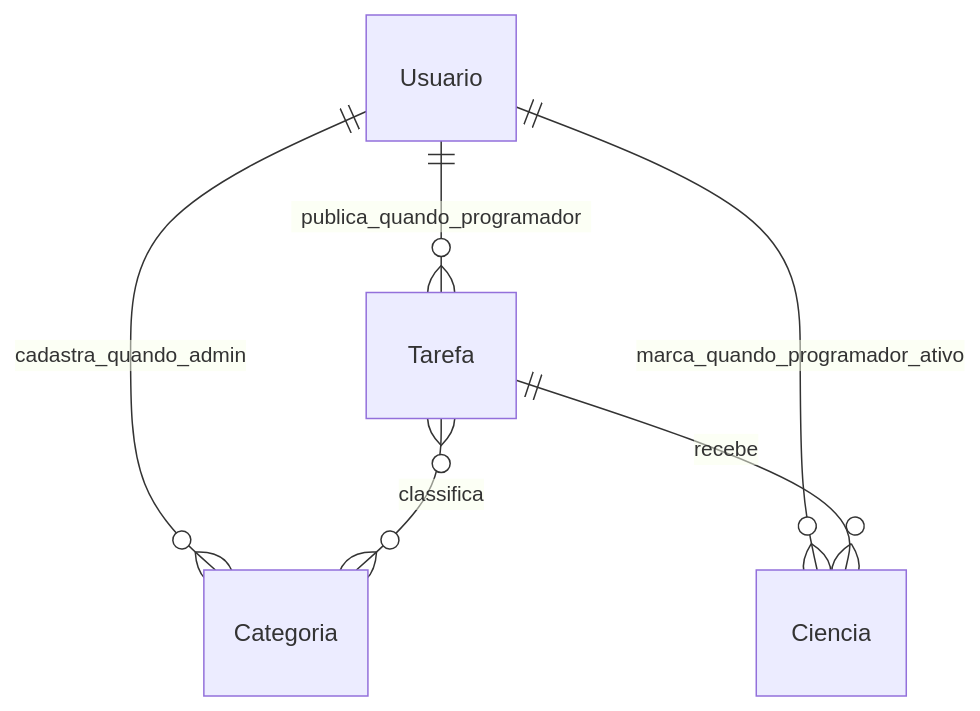
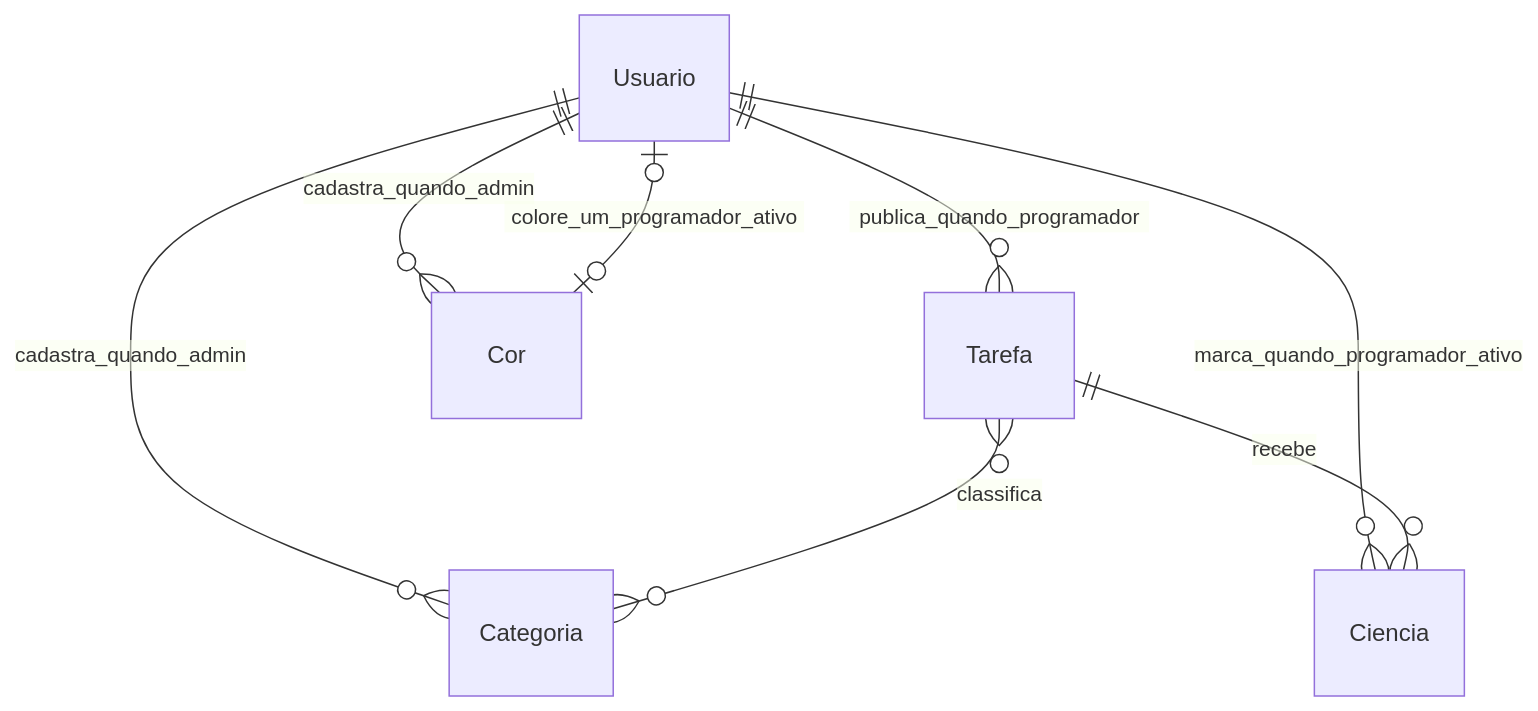
The diagram in docs/05-dominio/glossario-e-modelo.md (soareslucas9090/autodaily), drawn with Mermaid before and after one commit. The commit also changed other lines of this file and 14 other files, not shown here.

Commit message:
feat: add color management for post-its; implement API endpoints for color creation, selection, and deletion; update database schema to include color associations for users

````diff
--- a/docs/05-dominio/glossario-e-modelo.md
+++ b/docs/05-dominio/glossario-e-modelo.md
@@ -47,8 +49,10 @@
 ```mermaid
 erDiagram
     Usuario ||--o{ Tarefa : publica_quando_programador
     Usuario ||--o{ Categoria : cadastra_quando_admin
     Tarefa }o--o{ Categoria : classifica
     Usuario ||--o{ Ciencia : marca_quando_programador_ativo
     Tarefa ||--o{ Ciencia : recebe
+    Usuario ||--o{ Cor : cadastra_quando_admin
+    Cor |o--o| Usuario : colore_um_programador_ativo
 ```
````
